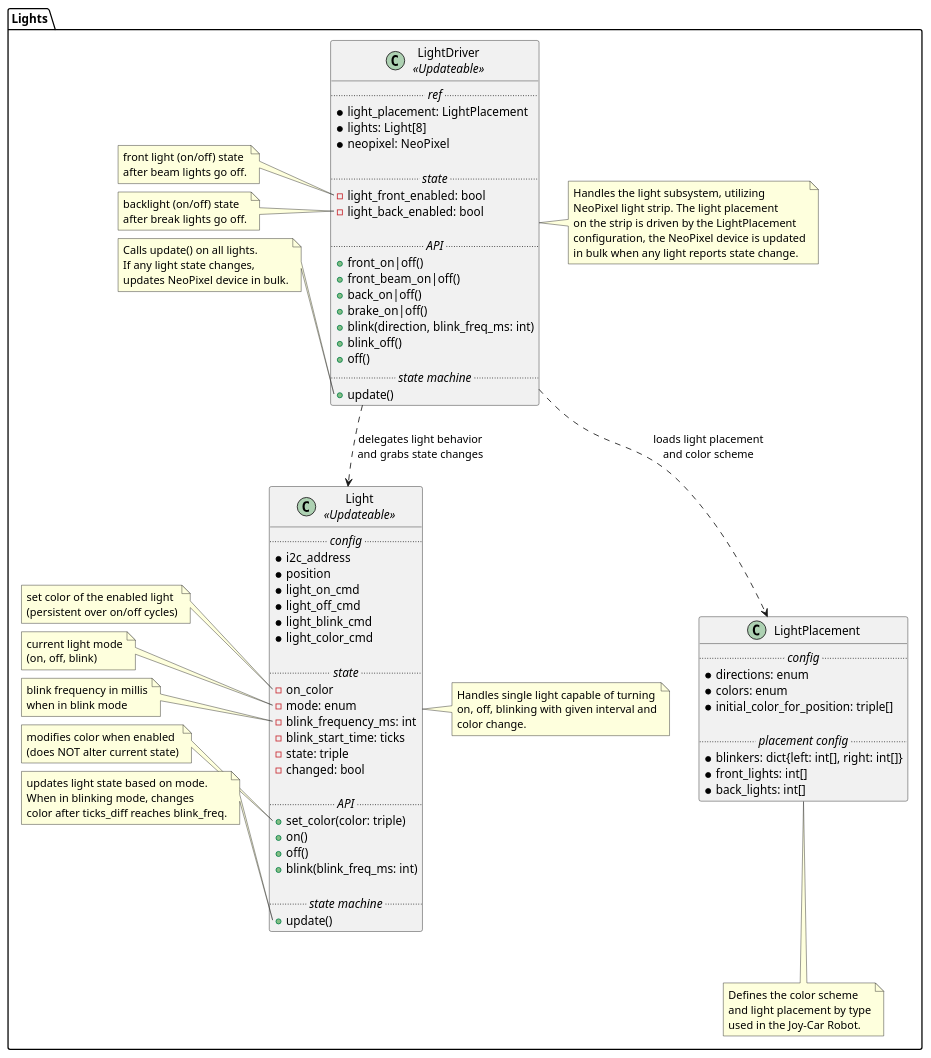
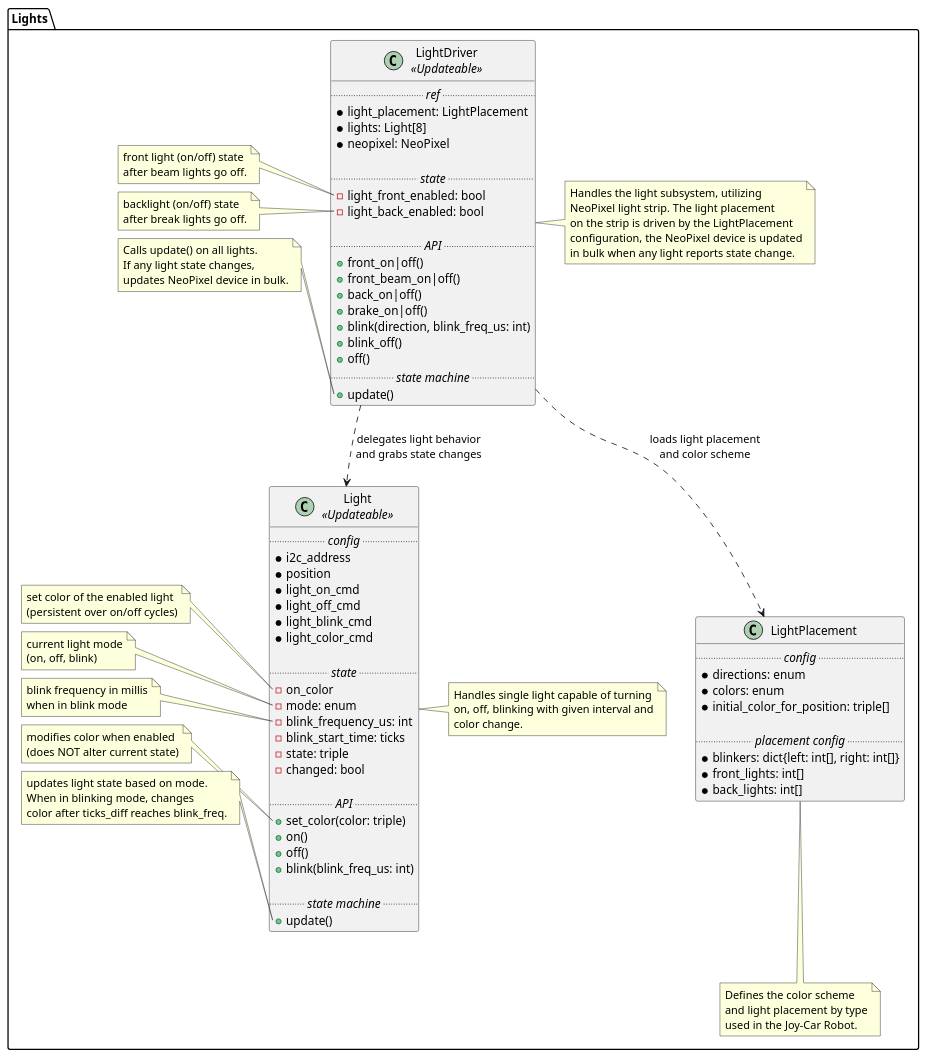
One commit to rdolejsi/robotprogramming changed the diagram in robot-core/docs/class-lights.puml. Above: the diagram before and after it, drawn with PlantUML. The commit also changed 14 other files, not shown here.

```diff
--- a/robot-core/docs/class-lights.puml
+++ b/robot-core/docs/class-lights.puml
@@ -2,131 +2,131 @@
 @startuml
 
 namespace Lights {
     class LightDriver as "LightDriver\n//<<Updateable>>//" {
         .... //ref// ....
         * light_placement: LightPlacement
         * lights: Light[8]
         * neopixel: NeoPixel
 
         .... //state// ....
         - light_front_enabled: bool
         - light_back_enabled: bool
 
         .... //API// ....
         + front_on|off()
         + front_beam_on|off()
         + back_on|off()
         + brake_on|off()
-        + blink(direction, blink_freq_ms: int)
+        + blink(direction, blink_freq_us: int)
         + blink_off()
         + off()
         .... //state machine// ....
         + update()
     }
 
     note right of LightDriver
         Handles the light subsystem, utilizing
         NeoPixel light strip. The light placement
         on the strip is driven by the LightPlacement
         configuration, the NeoPixel device is updated
         in bulk when any light reports state change.
     end note
 
     note left of LightDriver::light_front_enabled
         front light (on/off) state
         after beam lights go off.
     end note
 
     note left of LightDriver::light_back_enabled
         backlight (on/off) state
         after break lights go off.
     end note
 
     note left of LightDriver::update
         Calls update() on all lights.
         If any light state changes,
         updates NeoPixel device in bulk.
     end note
 
     class LightPlacement {
         .... //config// ....
         * directions: enum
         * colors: enum
         * initial_color_for_position: triple[]
 
         .... //placement config// ....
         * blinkers: dict{left: int[], right: int[]}
         * front_lights: int[]
         * back_lights: int[]
     }
 
     note bottom of LightPlacement
         Defines the color scheme
         and light placement by type
         used in the Joy-Car Robot.
     end note
 
     class Light as "Light\n//<<Updateable>>//" {
         .... //config// ....
         * i2c_address
         * position
         * light_on_cmd
         * light_off_cmd
         * light_blink_cmd
         * light_color_cmd
 
         .... //state// ....
         - on_color
         - mode: enum
-        - blink_frequency_ms: int
+        - blink_frequency_us: int
         - blink_start_time: ticks
         - state: triple
         - changed: bool
 
         .... //API// ....
         + set_color(color: triple)
         + on()
         + off()
-        + blink(blink_freq_ms: int)
+        + blink(blink_freq_us: int)
 
         .... //state machine// ....
         + update()
     }
 
     note right of Light
         Handles single light capable of turning
         on, off, blinking with given interval and
         color change.
     end note
 
     note left of Light::on_color
         set color of the enabled light
         (persistent over on/off cycles)
     end note
 
     note left of Light::mode
         current light mode
         (on, off, blink)
     end note
 
-    note left of Light::blink_frequency_ms
+    note left of Light::blink_frequency_us
         blink frequency in millis
         when in blink mode
     end note
 
     note left of Light::set_color
         modifies color when enabled
         (does NOT alter current state)
     end note
 
     note left of Light::update
         updates light state based on mode.
         When in blinking mode, changes
         color after ticks_diff reaches blink_freq.
     end note
 
     LightDriver ..> Light: "delegates light behavior\nand grabs state changes"
     LightDriver ..> LightPlacement: "loads light placement\nand color scheme"
 }
 
 @enduml
```
